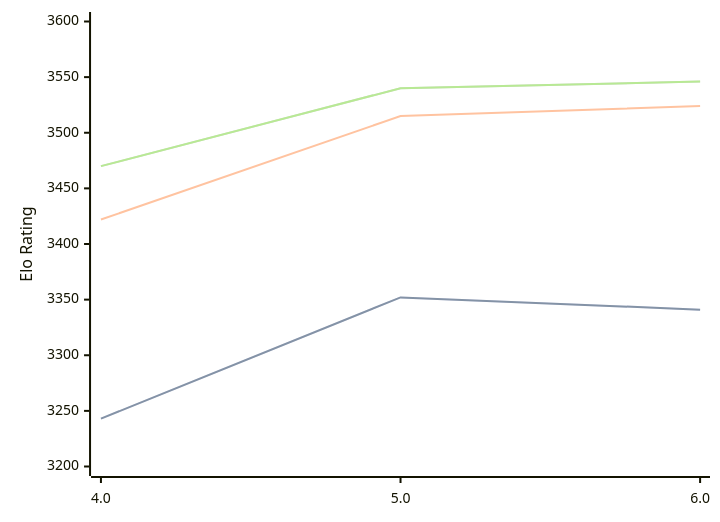
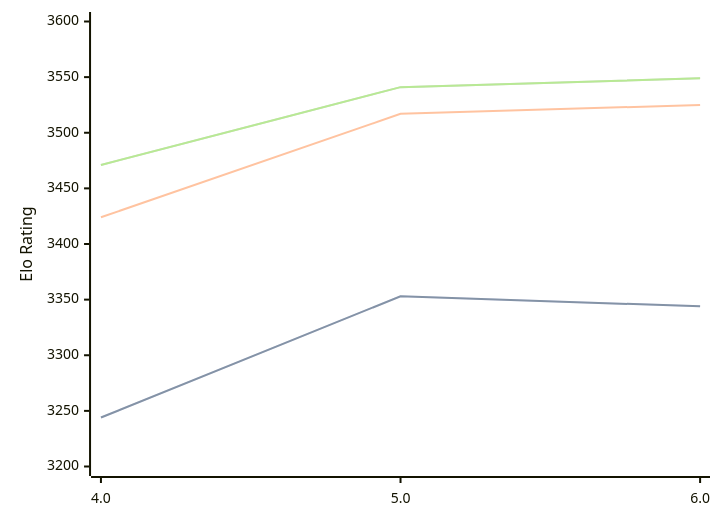
Before and after one commit to computer-chess-index/cci: the diagram in engines/Tarnished.md, drawn with Mermaid. The commit also changed other lines of this file, not shown here.

Commit message:
Update CCI Ratings (ELO VLTC) - 2026-08-09

````diff
--- a/engines/Tarnished.md
+++ b/engines/Tarnished.md
@@ -33,11 +33,11 @@
 ```mermaid
 %%{init: {"theme":"base","themeVariables":{"seriesColors:['#a3a3a3','#222221','#faa371']}}}%%
 xychart-beta
   x-axis ["4.0", "5.0", "6.0"]
   y-axis "Elo Rating" 3200 --> 3600
-  line "STC (8.0+0.08s)" [3243, 3352, 3341]
-  line "STC (8.0+0.08s)" [3243, 3352, 3341]
-  line "LTC (60.0+0.60s)" [3422, 3515, 3524]
-  line "VLTC (2m24s+1.12s)" [3470, 3540, 3546]
-  line "VLTC (2m24s+1.12s)" [3470, 3540, 3546]
+  line "STC (8.0+0.08s)" [3244, 3353, 3344]
+  line "STC (8.0+0.08s)" [3244, 3353, 3344]
+  line "LTC (60.0+0.60s)" [3424, 3517, 3525]
+  line "VLTC (2m24s+1.12s)" [3471, 3541, 3549]
+  line "VLTC (2m24s+1.12s)" [3471, 3541, 3549]
 ```
````
